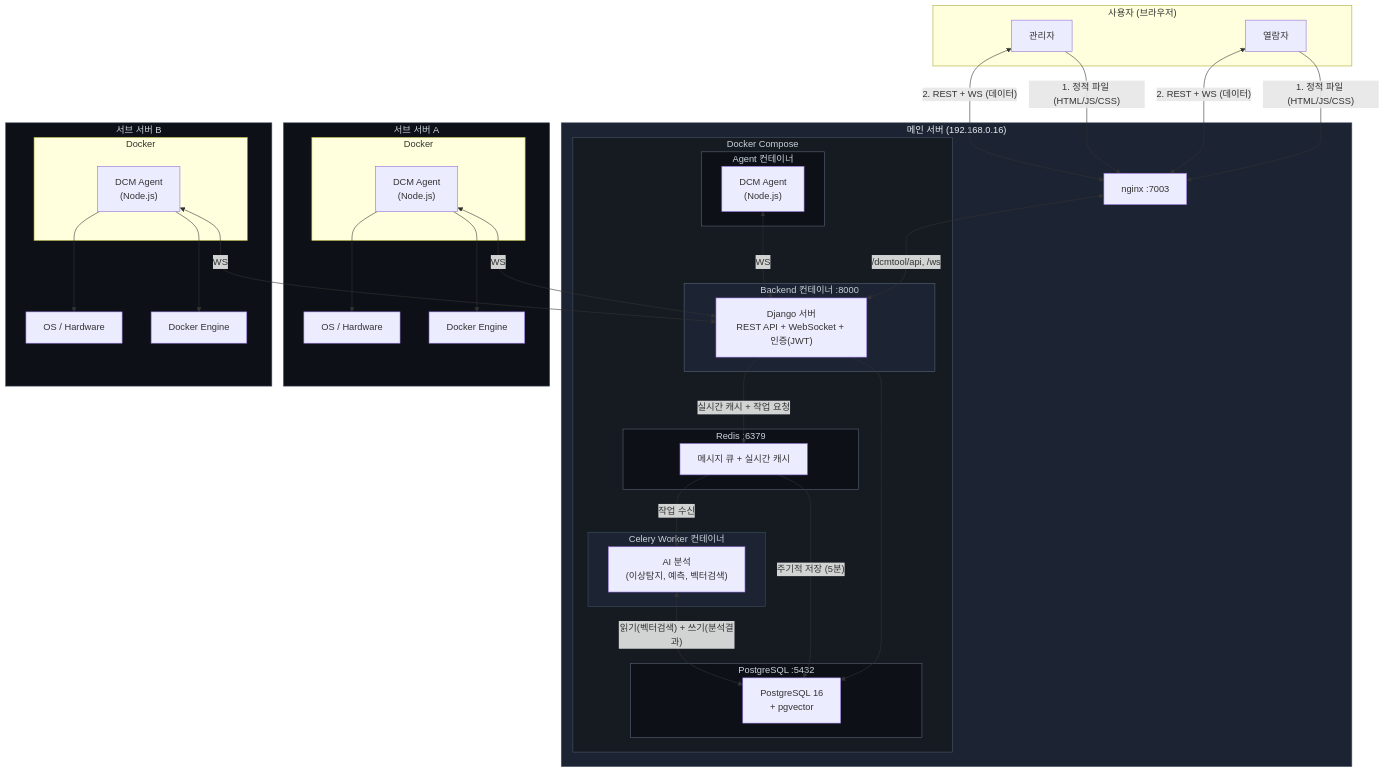
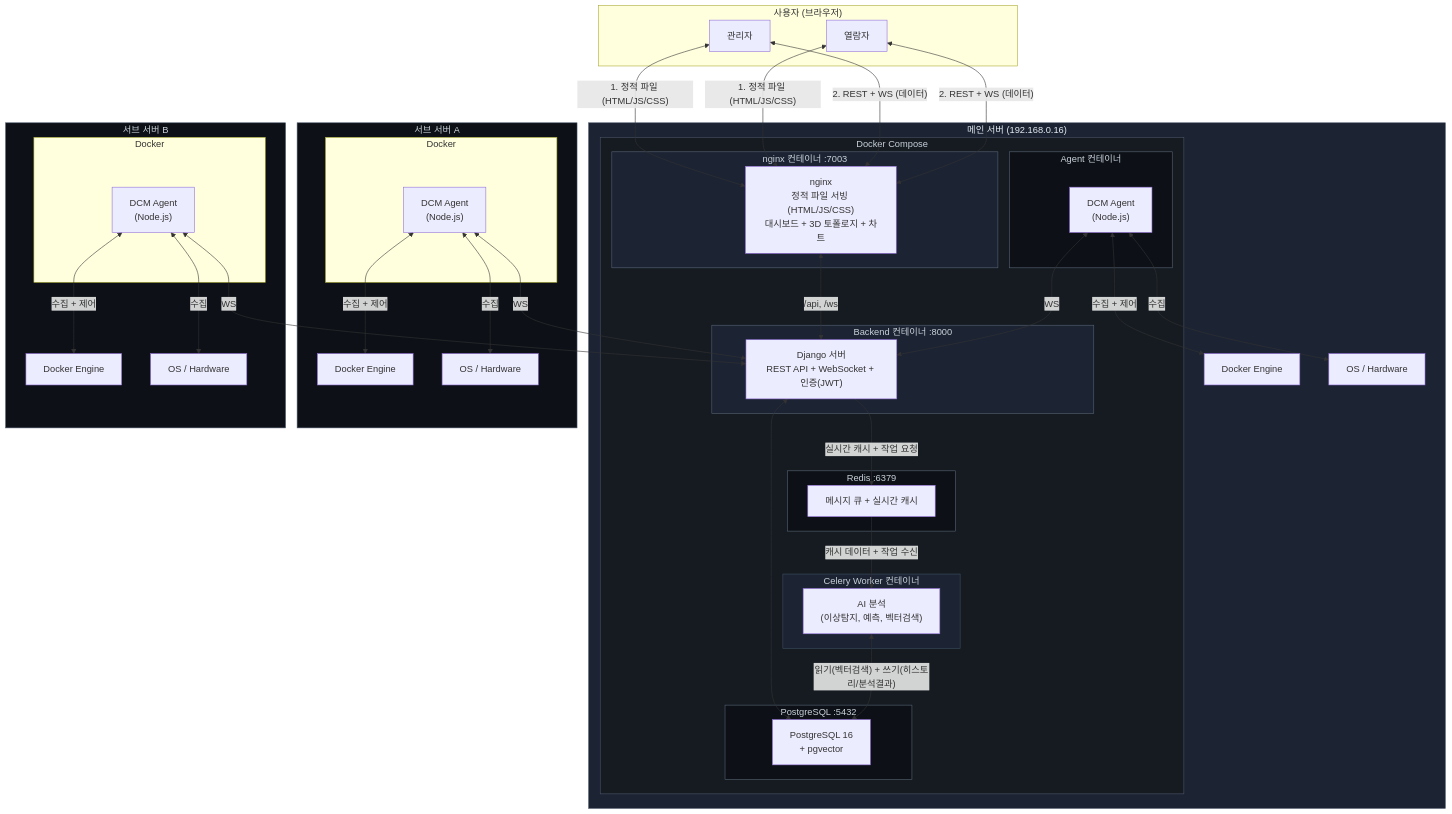
One commit to qkr7287/HyperCube changed the first of 11 diagrams in docs/to-be-architecture.md. Above: the diagram before and after it, drawn with Mermaid.

Commit message:
docs: fix system diagram - nginx inside compose, correct data flow
- Move nginx into Docker Compose subgraph
- Fix Redis→PG to Redis→Celery→PG flow
- Add main server Agent↔Docker/System connections
- Generalize proxy path labels
- Fix arrow directions

```diff
--- a/docs/to-be-architecture.md
+++ b/docs/to-be-architecture.md
@@ -24,9 +24,11 @@
     end
 
     subgraph MainServer["메인 서버 (192.168.0.16)"]
-        Nginx["nginx :7003"]
+        subgraph DockerMain["Docker Compose"]
+            subgraph NginxC["nginx 컨테이너 :7003"]
+                Nginx["nginx<br/>정적 파일 서빙 (HTML/JS/CSS)<br/>대시보드 + 3D 토폴로지 + 차트"]
+            end
 
-        subgraph DockerMain["Docker Compose"]
             subgraph BE["Backend 컨테이너 :8000"]
                 Django["Django 서버<br/>REST API + WebSocket + 인증(JWT)"]
             end
@@ -47,6 +49,9 @@
                 AgentM["DCM Agent<br/>(Node.js)"]
             end
         end
+
+        DockerM["Docker Engine"]
+        SystemM["OS / Hardware"]
     end
 
     subgraph SubServer1["서브 서버 A"]
@@ -65,28 +70,30 @@
         System2["OS / Hardware"]
     end
 
-    Admin & Viewer -->|"1. 정적 파일 (HTML/JS/CSS)"| Nginx
+    Admin & Viewer <-->|"1. 정적 파일 (HTML/JS/CSS)"| Nginx
 
     Admin & Viewer <-->|"2. REST + WS (데이터)"| Nginx
-    Nginx <-->|"/dcmtool/api, /ws"| Django
+    Nginx <-->|"/api, /ws"| Django
 
-    Django --> PgDB
+    Django <--> PgDB
     Django -->|실시간 캐시 + 작업 요청| RedisS
-    RedisS -->|"주기적 저장 (5분)"| PgDB
-    RedisS -->|작업 수신| CeleryW
-    CeleryW <-->|"읽기(벡터검색) + 쓰기(분석결과)"| PgDB
+    RedisS -->|"캐시 데이터 + 작업 수신"| CeleryW
+    CeleryW <-->|"읽기(벡터검색) + 쓰기(히스토리/분석결과)"| PgDB
 
     AgentM <-->|WS| Django
+    AgentM <-->|"수집 + 제어"| DockerM
+    AgentM <-->|"수집"| SystemM
     Agent1 <-->|WS| Django
     Agent2 <-->|WS| Django
 
-    Agent1 --> Docker1
-    Agent1 --> System1
-    Agent2 --> Docker2
-    Agent2 --> System2
+    Agent1 <-->|"수집 + 제어"| Docker1
+    Agent1 <-->|"수집"| System1
+    Agent2 <-->|"수집 + 제어"| Docker2
+    Agent2 <-->|"수집"| System2
 
     style MainServer fill:#1c2333,stroke:#4a5568,color:#e6edf3
     style DockerMain fill:#161b22,stroke:#4a5568,color:#c9d1d9
+    style NginxC fill:#1c2333,stroke:#586474,color:#c9d1d9
     style BE fill:#1c2333,stroke:#586474,color:#c9d1d9
     style CeleryC fill:#1c2333,stroke:#3d4f5f,color:#c9d1d9
     style RedisC fill:#0d1117,stroke:#586474,color:#c9d1d9
```
